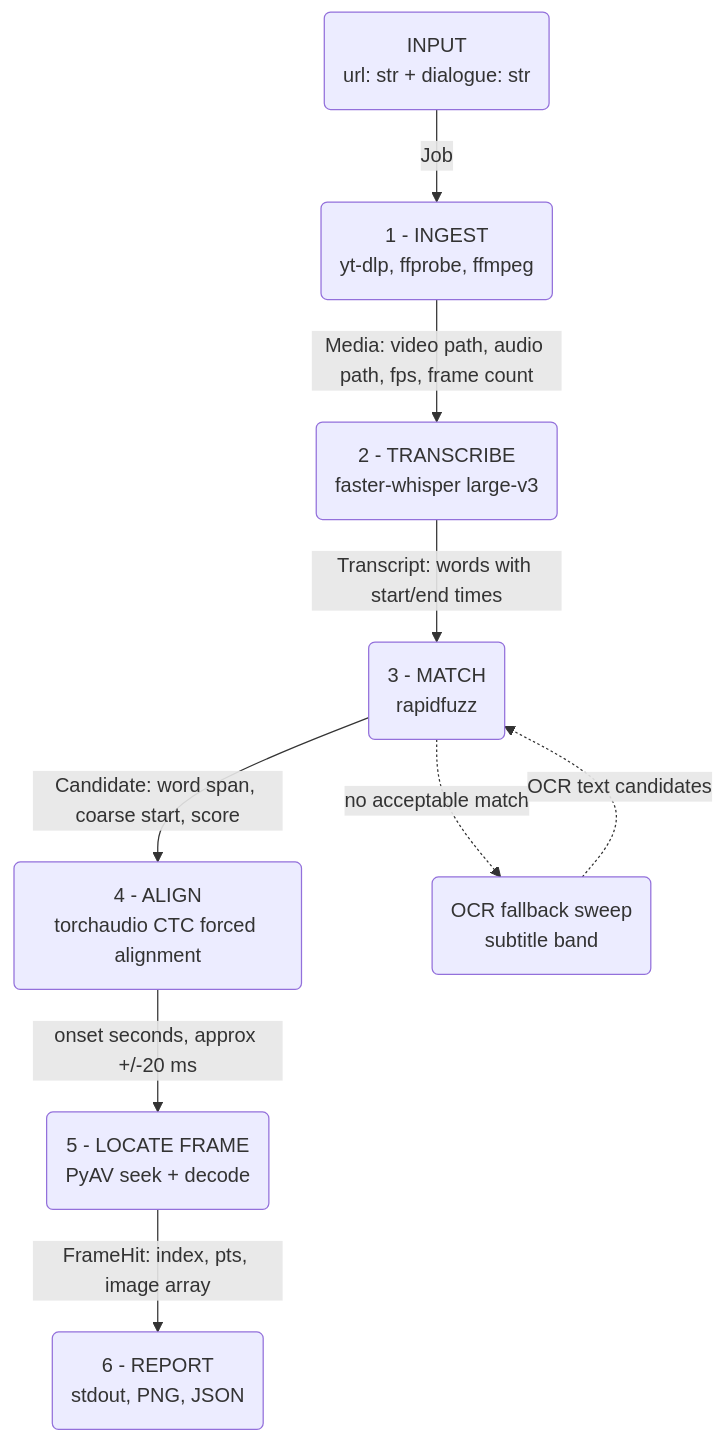
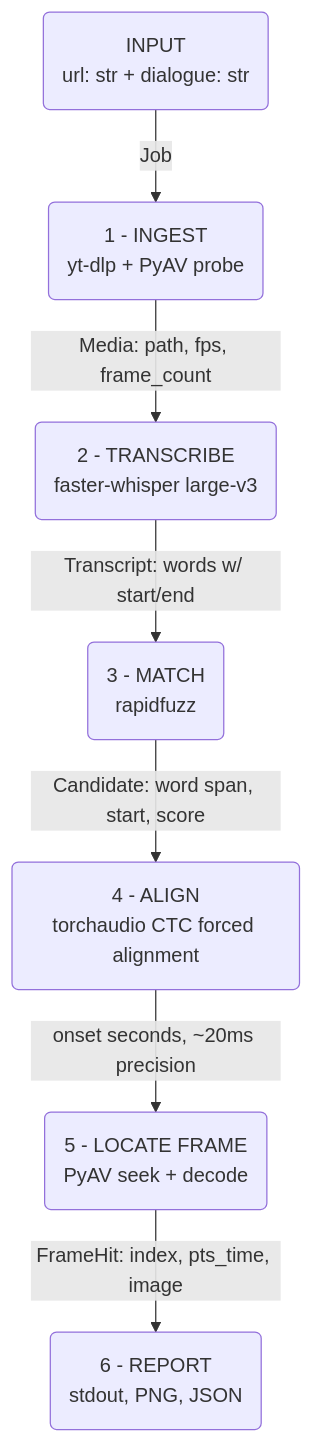
The diagram in DESIGN.md (Kirthic-Adhithya/Quest1), drawn with Mermaid before and after one commit. The commit also changed other lines of this file and 21 other files, not shown here.

````diff
--- a/DESIGN.md
+++ b/DESIGN.md
@@ -57,20 +30,17 @@
 ```mermaid
 flowchart TD
     A("INPUT<br/>url: str + dialogue: str")
-    B("1 - INGEST<br/>yt-dlp, ffprobe, ffmpeg")
+    B("1 - INGEST<br/>yt-dlp + PyAV probe")
     C("2 - TRANSCRIBE<br/>faster-whisper large-v3")
     D("3 - MATCH<br/>rapidfuzz")
     E("4 - ALIGN<br/>torchaudio CTC forced alignment")
     F("5 - LOCATE FRAME<br/>PyAV seek + decode")
     G("6 - REPORT<br/>stdout, PNG, JSON")
-    H("OCR fallback sweep<br/>subtitle band")
 
     A -->|"Job"| B
-    B -->|"Media: video path, audio path, fps, frame count"| C
-    C -->|"Transcript: words with start/end times"| D
-    D -->|"Candidate: word span, coarse start, score"| E
-    E -->|"onset seconds, approx +/-20 ms"| F
-    F -->|"FrameHit: index, pts, image array"| G
-    D -.->|"no acceptable match"| H
-    H -.->|"OCR text candidates"| D
+    B -->|"Media: path, fps, frame_count"| C
+    C -->|"Transcript: words w/ start/end"| D
+    D -->|"Candidate: word span, start, score"| E
+    E -->|"onset seconds, ~20ms precision"| F
+    F -->|"FrameHit: index, pts_time, image"| G
 ```
````
